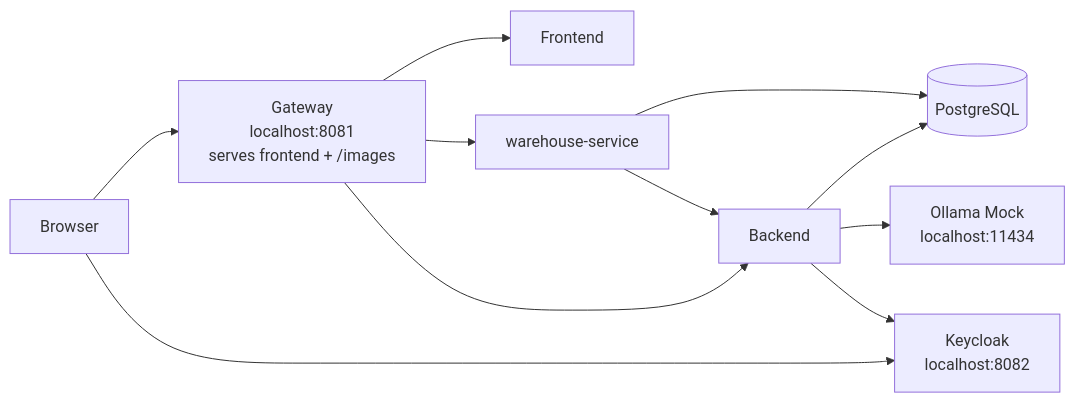
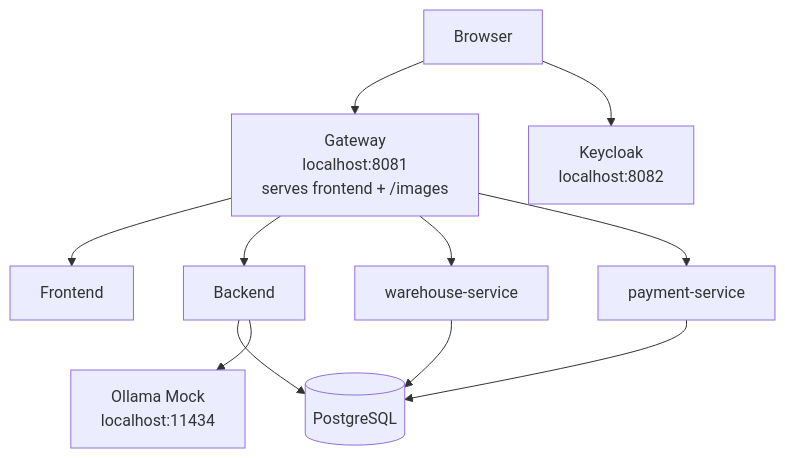
The diagram in docs/STUDENT_GUIDE.md (slawekradzyminski/awesome-localstack), drawn with Mermaid before and after one commit. The commit also changed other lines of this file and 89 other files, not shown here.

First line of the commit message:
Commerce wave 3: payment-service, tracking, backend 3.15.0, frontend 3.12.0, docs wiki (#81)

````diff
--- a/docs/STUDENT_GUIDE.md
+++ b/docs/STUDENT_GUIDE.md
@@ -44,22 +46,13 @@
 ```mermaid
-flowchart LR
-    U[Browser]
-    G[Gateway<br/>localhost:8081<br/>serves frontend + /images]
-    F[Frontend]
-    B[Backend]
-    W[warehouse-service]
-    P[(PostgreSQL)]
-    K[Keycloak<br/>localhost:8082]
-    O[Ollama Mock<br/>localhost:11434]
-
-    U --> G
-    U --> K
-    G --> F
-    G --> B
-    G --> W
-    W --> B
-    B --> P
+flowchart TB
+    U[Browser] --> G[Gateway<br/>localhost:8081<br/>serves frontend + /images]
+    U --> K[Keycloak<br/>localhost:8082]
+    G --> F[Frontend]
+    G --> B[Backend]
+    G --> W[warehouse-service]
+    G --> PS[payment-service]
+    B --> P[(PostgreSQL)]
     W --> P
-    B --> K
-    B --> O
+    PS --> P
+    B --> O[Ollama Mock<br/>localhost:11434]
 ```
````
